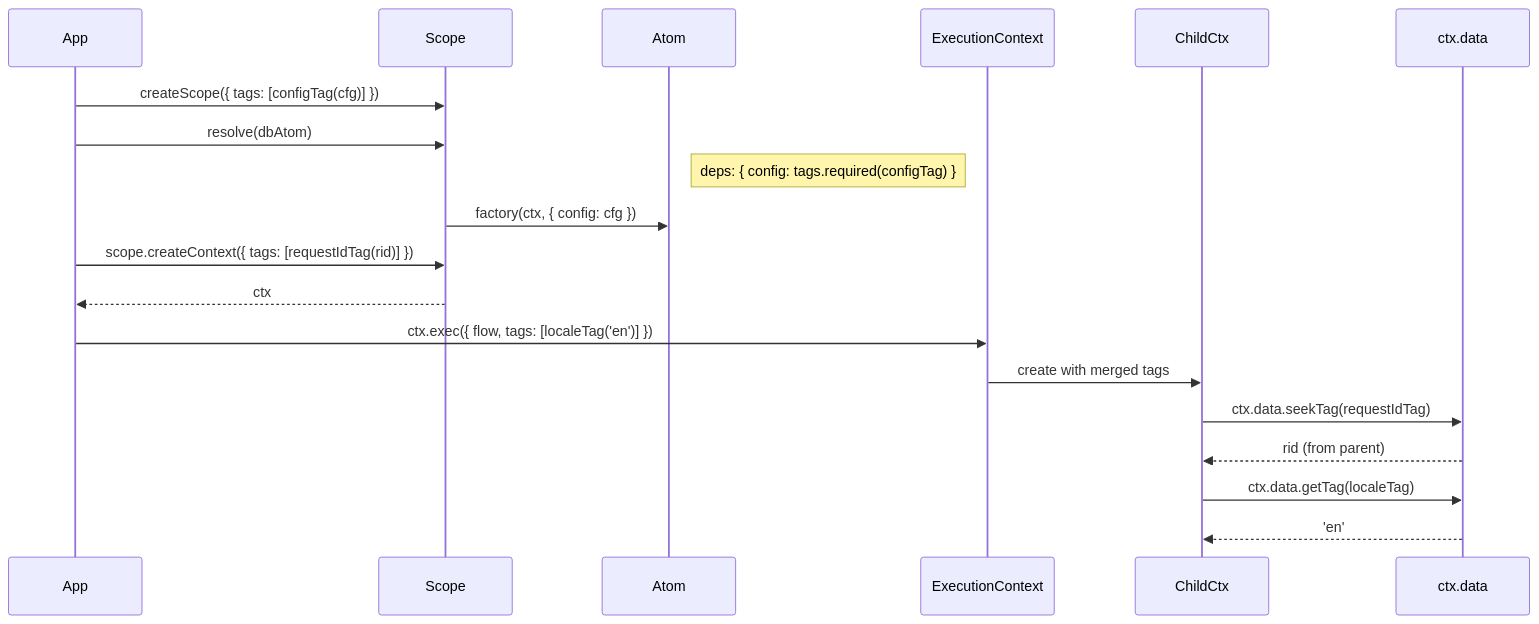
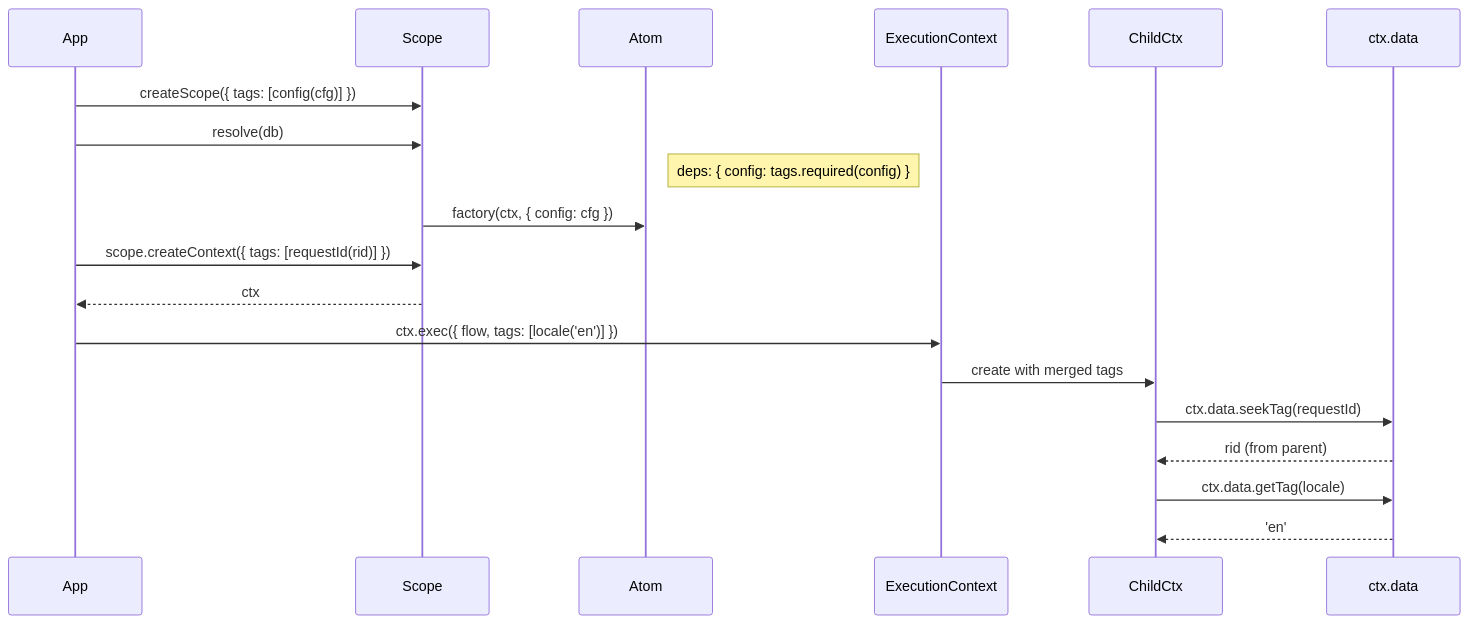
Before and after one commit to pumped-fn/pumped-fn: the fifth of 11 diagrams in packages/lite/PATTERNS.md, drawn with Mermaid. The commit also changed other lines of this file and 96 other files, not shown here.

````diff
--- a/packages/lite/PATTERNS.md
+++ b/packages/lite/PATTERNS.md
@@ -183,26 +195,26 @@
 ```mermaid
 sequenceDiagram
     participant App
     participant Scope
     participant Atom
     participant Ctx as ExecutionContext
     participant ChildCtx
     participant Data as ctx.data
 
-    App->>Scope: createScope({ tags: [configTag(cfg)] })
-    App->>Scope: resolve(dbAtom)
-    Note right of Atom: deps: { config: tags.required(configTag) }
+    App->>Scope: createScope({ tags: [config(cfg)] })
+    App->>Scope: resolve(db)
+    Note right of Atom: deps: { config: tags.required(config) }
     Scope->>Atom: factory(ctx, { config: cfg })
 
-    App->>Scope: scope.createContext({ tags: [requestIdTag(rid)] })
+    App->>Scope: scope.createContext({ tags: [requestId(rid)] })
     Scope-->>App: ctx
 
-    App->>Ctx: ctx.exec({ flow, tags: [localeTag('en')] })
+    App->>Ctx: ctx.exec({ flow, tags: [locale('en')] })
     Ctx->>ChildCtx: create with merged tags
 
-    ChildCtx->>Data: ctx.data.seekTag(requestIdTag)
+    ChildCtx->>Data: ctx.data.seekTag(requestId)
     Data-->>ChildCtx: rid (from parent)
 
-    ChildCtx->>Data: ctx.data.getTag(localeTag)
+    ChildCtx->>Data: ctx.data.getTag(locale)
     Data-->>ChildCtx: 'en'
 ```
````
